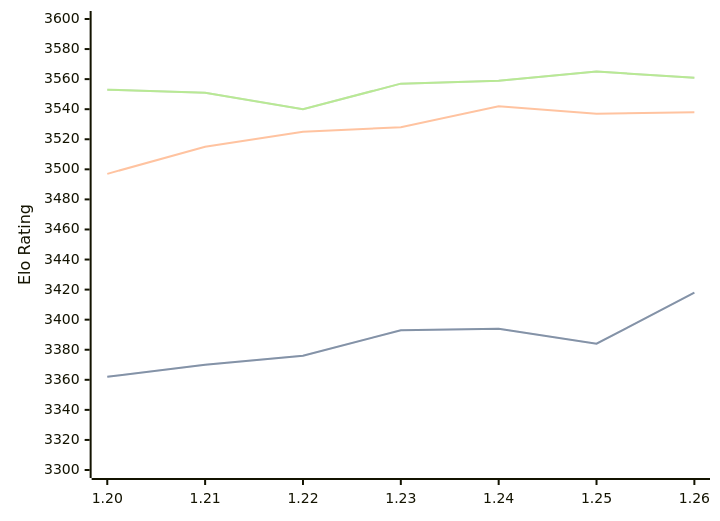
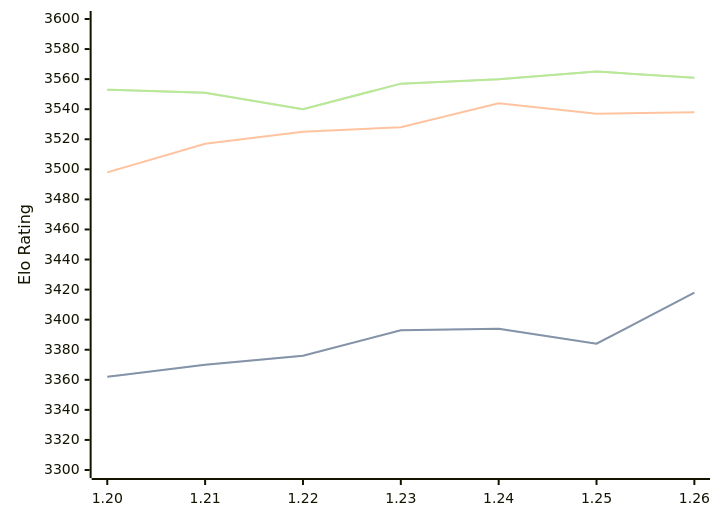
Before and after one commit to computer-chess-index/cci: the diagram in engines/Caissa.md, drawn with Mermaid. The commit also changed other lines of this file, not shown here.

Commit message:
Update CCI Ratings (ELO VLTC) - 2026-09-15

````diff
--- a/engines/Caissa.md
+++ b/engines/Caissa.md
@@ -37,11 +37,11 @@
 ```mermaid
 %%{init: {"theme":"base","themeVariables":{"seriesColors:['#a3a3a3','#222221','#faa371']}}}%%
 xychart-beta
   x-axis ["1.20", "1.21", "1.22", "1.23", "1.24", "1.25", "1.26"]
   y-axis "Elo Rating" 3300 --> 3600
   line "" [3362, 3370, 3376, 3393, 3394, 3384, 3418]
   line "STC (8.0+0.08s)" [3362, 3370, 3376, 3393, 3394, 3384, 3418]
-  line "LTC (60.0+0.60s)" [3497, 3515, 3525, 3528, 3542, 3537, 3538]
-  line "" [3553, 3551, 3540, 3557, 3559, 3565, 3561]
-  line "VLTC (2m24s+1.12s)" [3553, 3551, 3540, 3557, 3559, 3565, 3561]
+  line "LTC (60.0+0.60s)" [3498, 3517, 3525, 3528, 3544, 3537, 3538]
+  line "" [3553, 3551, 3540, 3557, 3560, 3565, 3561]
+  line "VLTC (2m24s+1.12s)" [3553, 3551, 3540, 3557, 3560, 3565, 3561]
 ```
````
